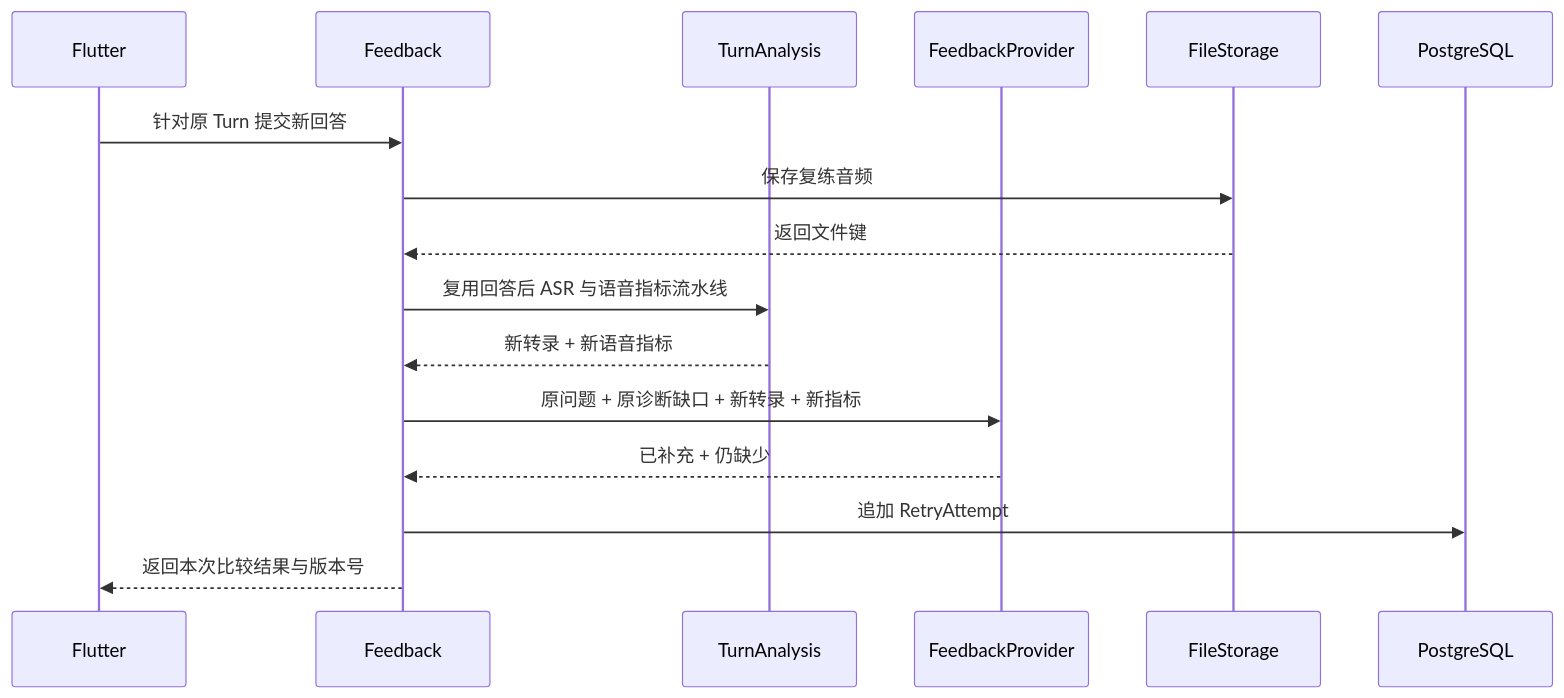
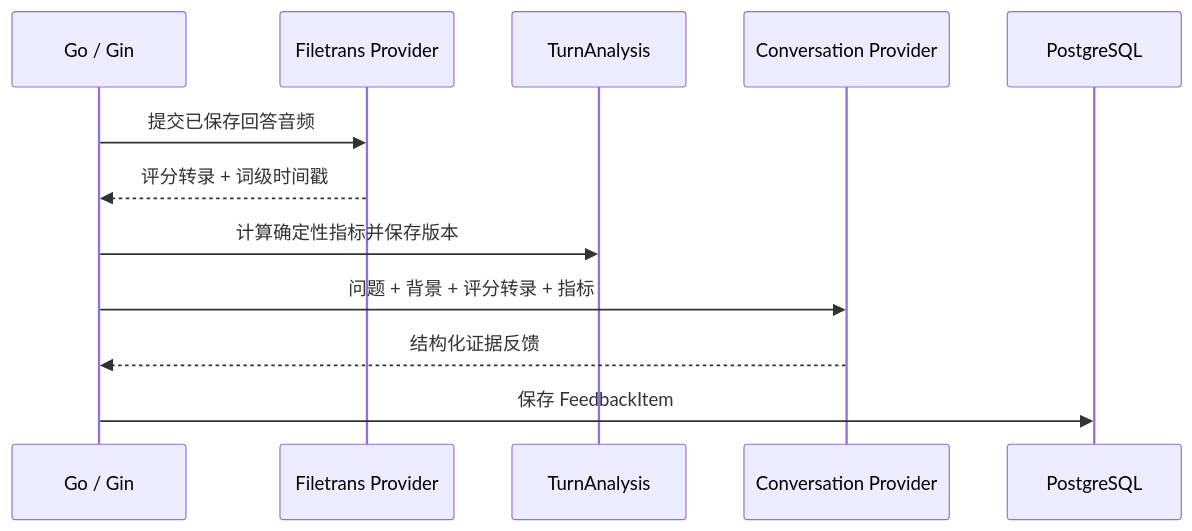
Before and after one commit to Lq0412/ai-en-coach: the fifth of 5 diagrams in docs/superpowers/specs/2026-07-14-ms1-system-architecture-design.md, drawn with Mermaid. The commit also changed other lines of this file and 2 other files, not shown here.

````diff
--- a/docs/superpowers/specs/2026-07-14-ms1-system-architecture-design.md
+++ b/docs/superpowers/specs/2026-07-14-ms1-system-architecture-design.md
@@ -502,19 +178,15 @@
 ```mermaid
 sequenceDiagram
-  participant App as Flutter
-  participant FB as Feedback
-  participant A as TurnAnalysis
-  participant P as FeedbackProvider
-  participant FS as FileStorage
-  participant DB as PostgreSQL
+  participant G as Go / Gin
+  participant A as Filetrans Provider
+  participant X as TurnAnalysis
+  participant L as Conversation Provider
+  participant P as PostgreSQL
 
-  App->>FB: 针对原 Turn 提交新回答
-  FB->>FS: 保存复练音频
-  FS-->>FB: 返回文件键
-  FB->>A: 复用回答后 ASR 与语音指标流水线
-  A-->>FB: 新转录 + 新语音指标
-  FB->>P: 原问题 + 原诊断缺口 + 新转录 + 新指标
-  P-->>FB: 已补充 + 仍缺少
-  FB->>DB: 追加 RetryAttempt
-  FB-->>App: 返回本次比较结果与版本号
+  G->>A: 提交已保存回答音频
+  A-->>G: 评分转录 + 词级时间戳
+  G->>X: 计算确定性指标并保存版本
+  G->>L: 问题 + 背景 + 评分转录 + 指标
+  L-->>G: 结构化证据反馈
+  G->>P: 保存 FeedbackItem
 ```
````
